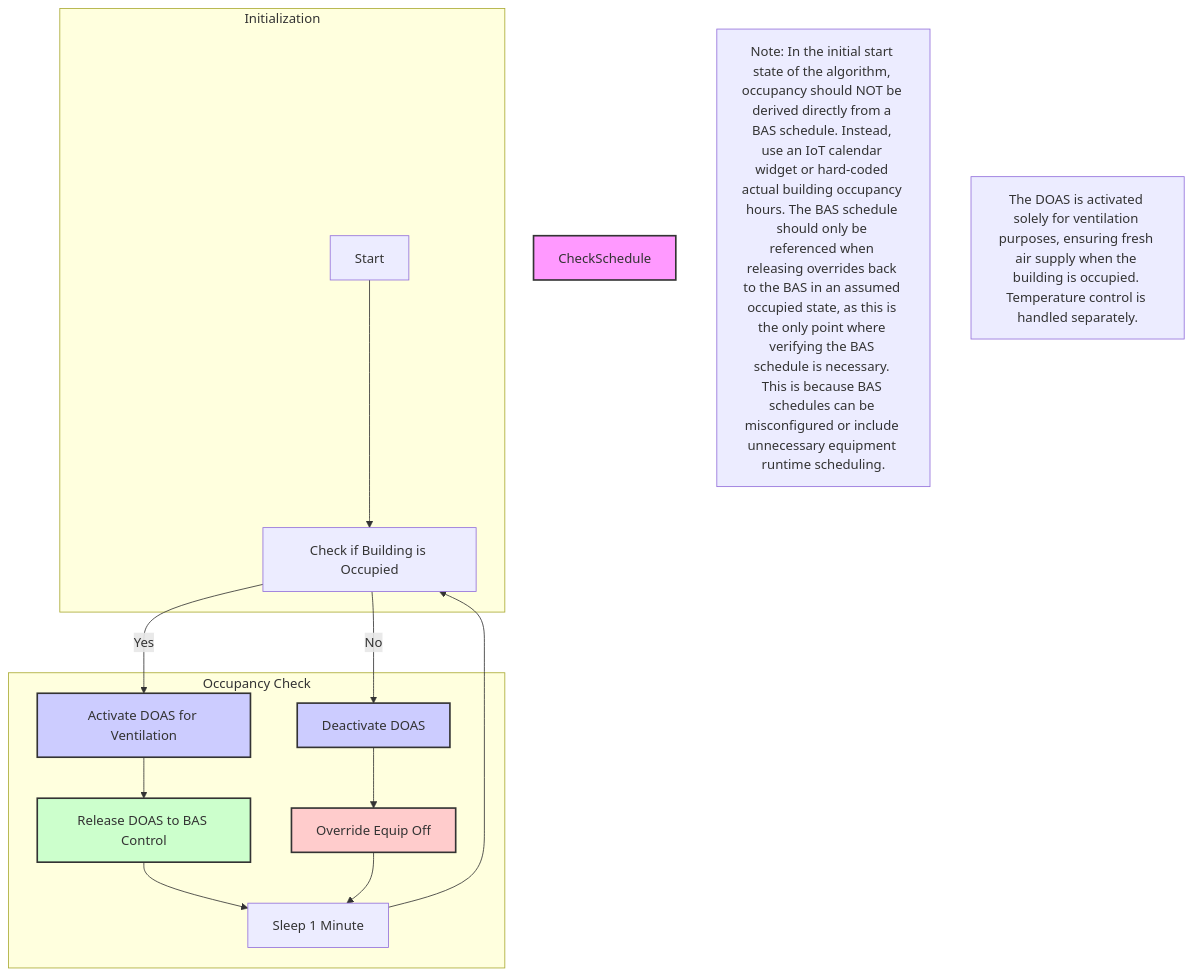
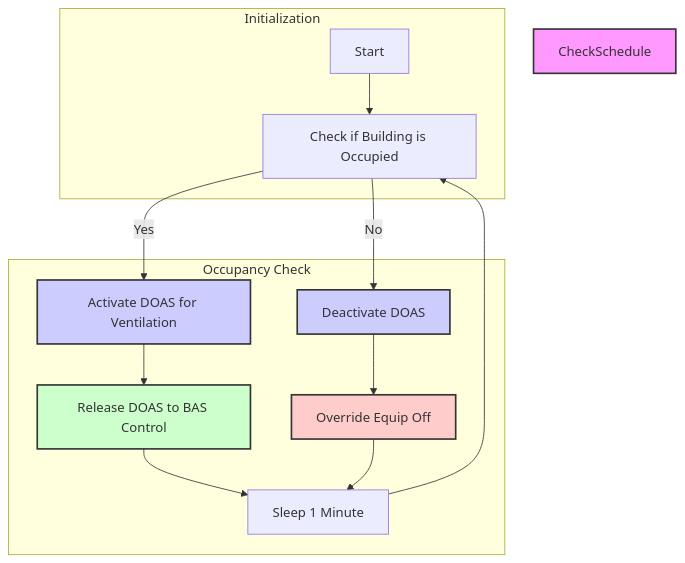
The diagram in DoasStartStop/README.md (bbartling/OptimalStartStopHvac), drawn with Mermaid before and after one commit. The commit also changed 2 other files, not shown here.

Commit message:
updated mermaids

````diff
--- a/DoasStartStop/README.md
+++ b/DoasStartStop/README.md
@@ -19,32 +19,28 @@
 ```mermaid
 graph TD
 
     subgraph Initialization["Initialization"]
         Start[Start] --> CheckOccupancy["Check if Building is Occupied"]
     end
 
     subgraph OccupancyCheck["Occupancy Check"]
         CheckOccupancy -->|Yes| ActivateDOAS["Activate DOAS for Ventilation"]
         CheckOccupancy -->|No| DeactivateDOAS["Deactivate DOAS"]
         
         ActivateDOAS --> LogActivated["Release DOAS to BAS Control"]
         DeactivateDOAS --> OverrideEquipOff["Override Equip Off"]
         
         LogActivated --> WaitForNextCheck["Sleep 1 Minute"]
         OverrideEquipOff --> WaitForNextCheck["Sleep 1 Minute"]
         
         WaitForNextCheck --> CheckOccupancy
     end
 
    %% Styles for Highlighting
    style CheckSchedule fill:#f9f,stroke:#333,stroke-width:2px
    style ActivateDOAS fill:#ccf,stroke:#333,stroke-width:2px
    style DeactivateDOAS fill:#ccf,stroke:#333,stroke-width:2px
    style OverrideEquipOff fill:#fcc,stroke:#333,stroke-width:2px
    style LogActivated fill:#cfc,stroke:#333,stroke-width:2px
 
-   %% Additional Notes for Context
-   Note["Note: In the initial start state of the algorithm, occupancy should NOT be derived directly from a BAS schedule. Instead, use an IoT calendar widget or hard-coded actual building occupancy hours. The BAS schedule should only be referenced when releasing overrides back to the BAS in an assumed occupied state, as this is the only point where verifying the BAS schedule is necessary. This is because BAS schedules can be misconfigured or include unnecessary equipment runtime scheduling."]
-   VentilationPurpose["The DOAS is activated solely for ventilation purposes, ensuring fresh air supply when the building is occupied. Temperature control is handled separately."]
-
 ```
````
